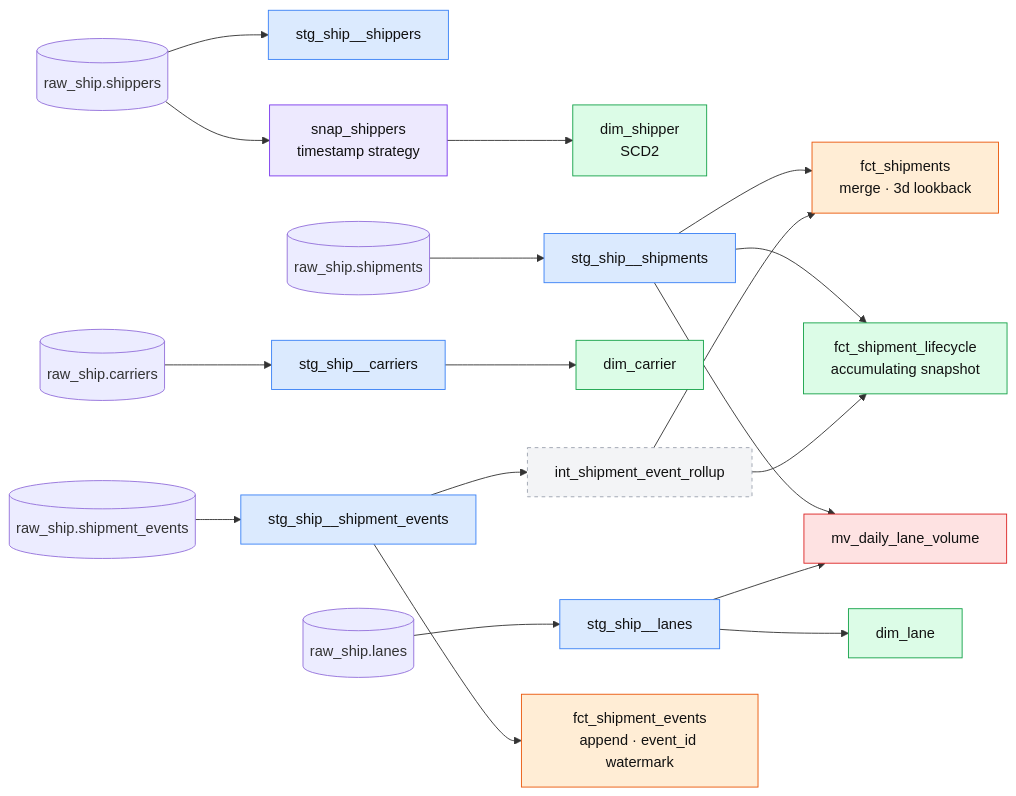
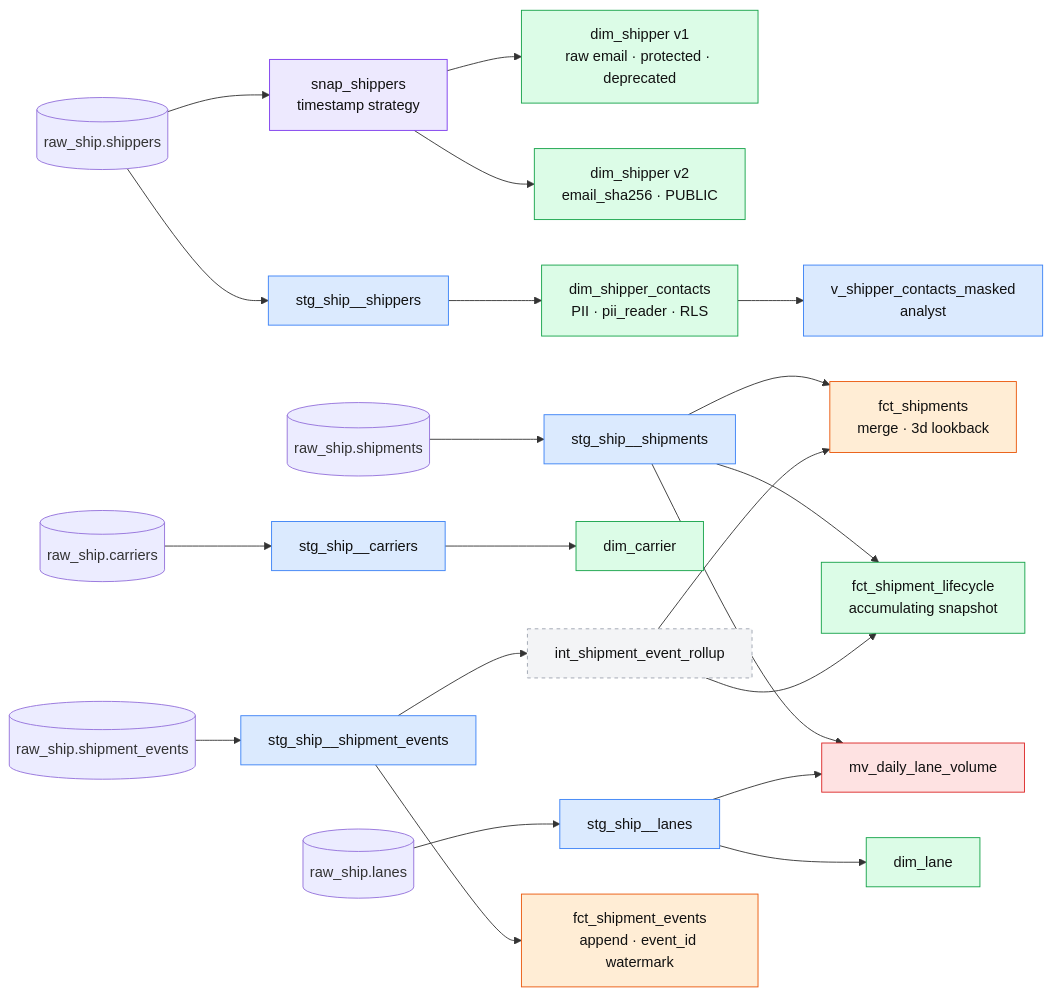
The first of 2 diagrams in docs/diagrams/dbt-lineage.md (nachhh/rutagroup), drawn with Mermaid before and after one commit. The commit also changed other lines of this file and 25 other files, not shown here.

First line of the commit message:
Phase 3: governance as code (groups, access, contracts, versions, PII masking, grants/RLS, CI gate, BQ policy tags)

````diff
--- a/docs/diagrams/dbt-lineage.md
+++ b/docs/diagrams/dbt-lineage.md
@@ -7,25 +10,28 @@
 ```mermaid
 flowchart LR
   classDef view fill:#dbeafe,stroke:#3b82f6,color:#111
   classDef eph fill:#f3f4f6,stroke:#9ca3af,stroke-dasharray:4,color:#111
   classDef table fill:#dcfce7,stroke:#16a34a,color:#111
   classDef inc fill:#ffedd5,stroke:#ea580c,color:#111
   classDef snap fill:#ede9fe,stroke:#7c3aed,color:#111
   classDef mv fill:#fee2e2,stroke:#dc2626,color:#111
 
   src_shippers[(raw_ship.shippers)] --> stg_shippers[stg_ship__shippers]:::view
-  src_shippers --> snap[snap_shippers<br/>timestamp strategy]:::snap --> dim_shipper[dim_shipper<br/>SCD2]:::table
+  src_shippers --> snap[snap_shippers<br/>timestamp strategy]:::snap
+  snap --> dim_v1[dim_shipper v1<br/>raw email · protected · deprecated]:::table
+  snap --> dim_v2[dim_shipper v2<br/>email_sha256 · PUBLIC]:::table
+  stg_shippers --> contacts[dim_shipper_contacts<br/>PII · pii_reader · RLS]:::table --> masked[v_shipper_contacts_masked<br/>analyst]:::view
   src_shipments[(raw_ship.shipments)] --> stg_shipments[stg_ship__shipments]:::view
   src_events[(raw_ship.shipment_events)] --> stg_events[stg_ship__shipment_events]:::view
   src_carriers[(raw_ship.carriers)] --> stg_carriers[stg_ship__carriers]:::view --> dim_carrier[dim_carrier]:::table
   src_lanes[(raw_ship.lanes)] --> stg_lanes[stg_ship__lanes]:::view --> dim_lane[dim_lane]:::table
 
   stg_events --> rollup[int_shipment_event_rollup]:::eph
   stg_shipments --> fct_shipments[fct_shipments<br/>merge · 3d lookback]:::inc
   rollup --> fct_shipments
   stg_events --> fct_events[fct_shipment_events<br/>append · event_id watermark]:::inc
   stg_shipments --> lifecycle[fct_shipment_lifecycle<br/>accumulating snapshot]:::table
   rollup --> lifecycle
   stg_shipments --> mv[mv_daily_lane_volume]:::mv
   stg_lanes --> mv
 ```
````
